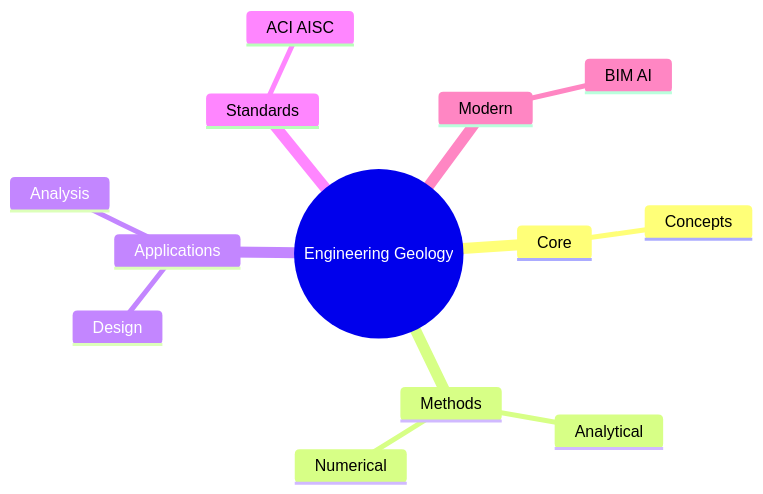
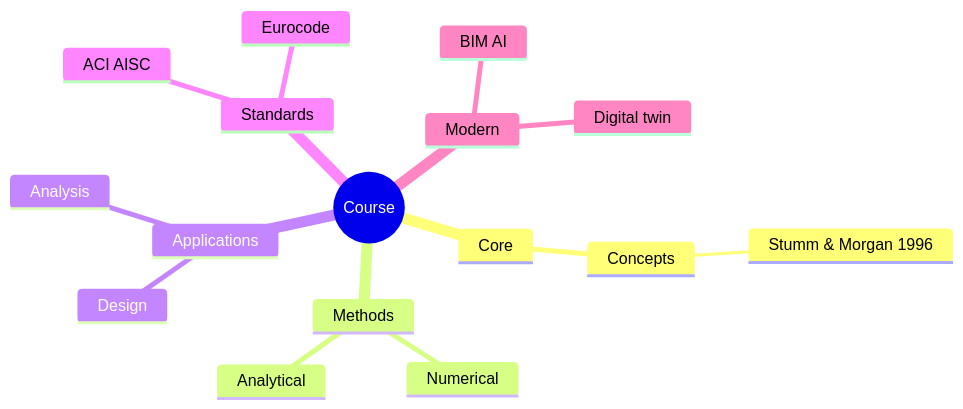
One commit to yip-lgtm/civil-bootcamp changed the second of 6 diagrams in MIT_CEE_MEng_SMD/16_1.38_Engineering_Geology.md. Above: the diagram before and after it, drawn with Mermaid. The commit also changed other lines of this file and 56 other files, not shown here.

````diff
--- a/MIT_CEE_MEng_SMD/16_1.38_Engineering_Geology.md
+++ b/MIT_CEE_MEng_SMD/16_1.38_Engineering_Geology.md
@@ -260,16 +440,19 @@
 ```mermaid
 mindmap
-    root((Engineering Geology))
-      Core
-        Concepts
-      Methods
-        Analytical
-        Numerical
-      Applications
-        Design
-        Analysis
-      Standards
-        ACI AISC
-      Modern
-        BIM AI
+  root((Course))
+    Core
+      Concepts
+        Stumm & Morgan 1996
+    Methods
+      Analytical
+      Numerical
+    Applications
+      Design
+      Analysis
+    Standards
+      ACI AISC
+      Eurocode
+    Modern
+      BIM AI
+      Digital twin
 ```
````
